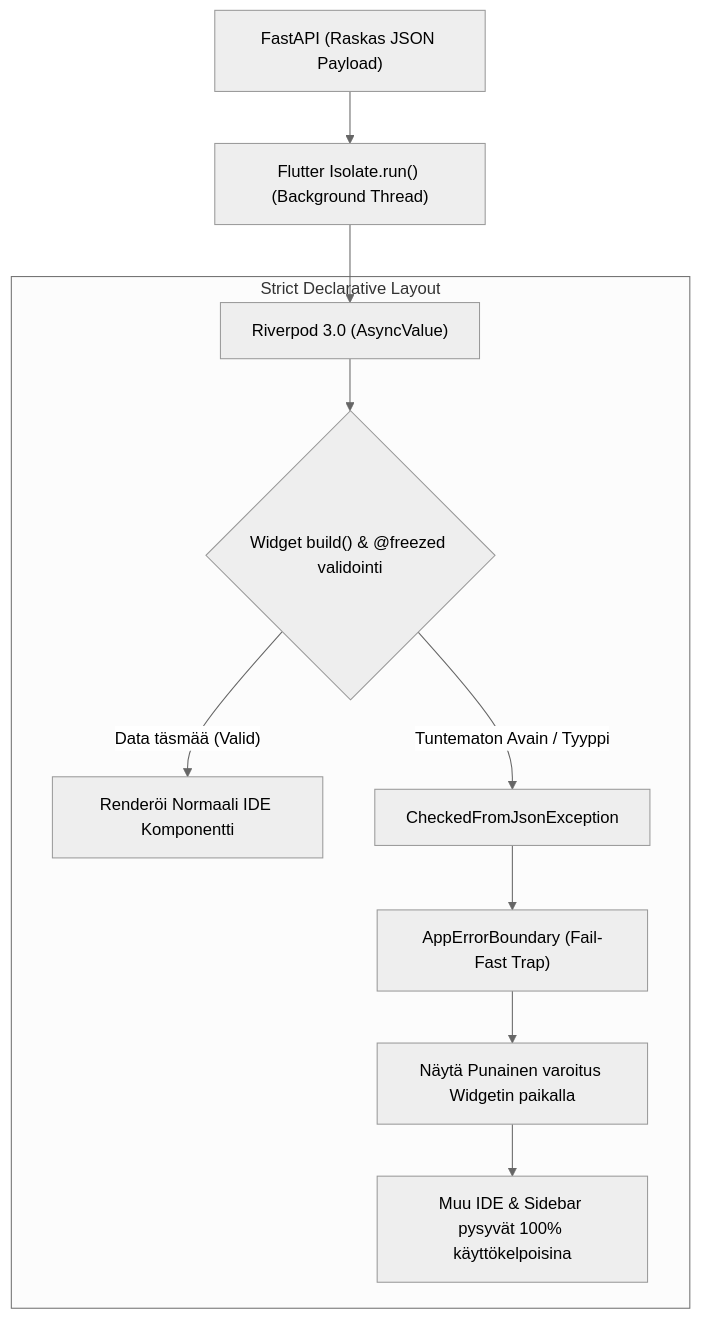
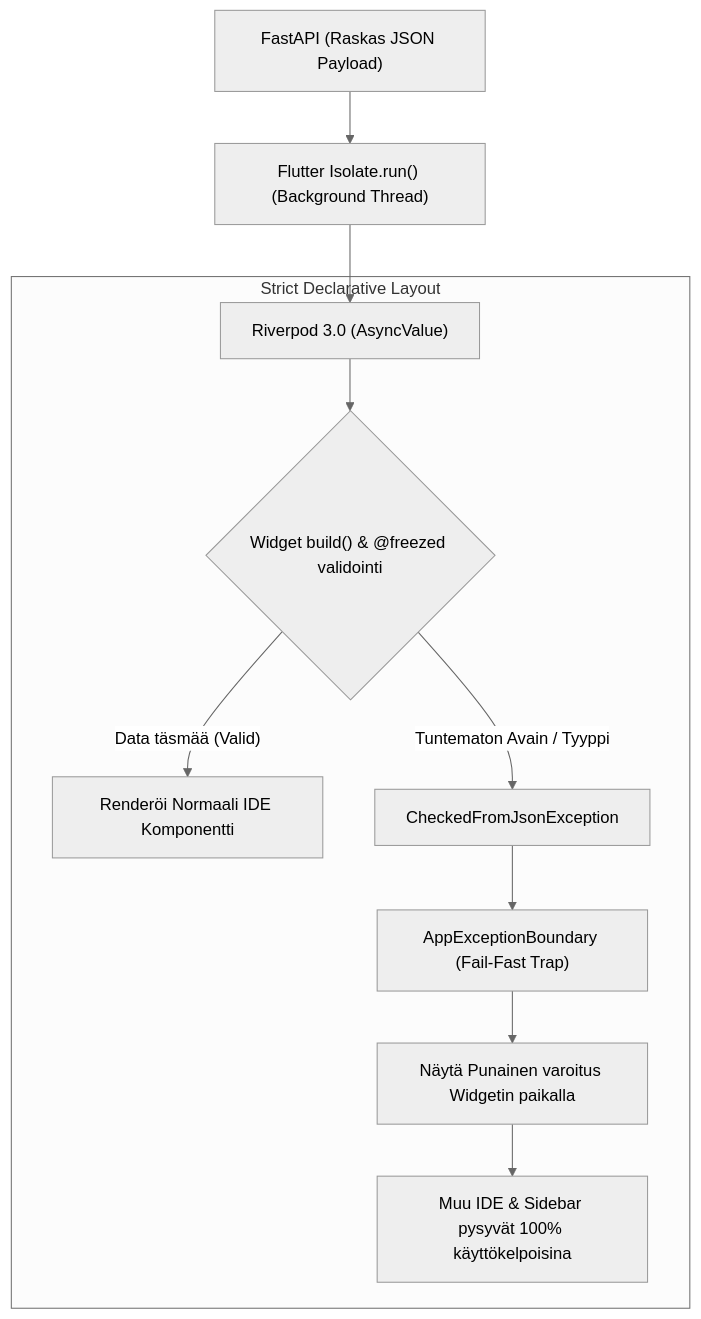
The diagram in docs/architecture/06_desktop_first_flutter_client.md (launis/quorum), drawn with Mermaid (neutral theme) before and after one commit. The commit also changed other lines of this file and 10 other files, not shown here.

Commit message:
docs: initialize architectural documentation suite and agent directory reference for project structure and standards.

````diff
--- a/docs/architecture/06_desktop_first_flutter_client.md
+++ b/docs/architecture/06_desktop_first_flutter_client.md
@@ -32,17 +40,17 @@
 ```mermaid
 flowchart TD
     API["FastAPI (Raskas JSON Payload)"] --> Isolate["Flutter Isolate.run() (Background Thread)"]
     Isolate --> Riverpod["Riverpod 3.0 (AsyncValue)"]
     
     subgraph UI_Architecture [Strict Declarative Layout]
         Riverpod --> UI_Build{"Widget build() & @freezed validointi"}
         
         UI_Build -- "Data täsmää (Valid)" --> Render["Renderöi Normaali IDE Komponentti"]
         
         UI_Build -- "Tuntematon Avain / Tyyppi" --> Exception["CheckedFromJsonException"]
-        Exception --> ErrorBoundary["AppErrorBoundary (Fail-Fast Trap)"]
+        Exception --> ErrorBoundary["AppExceptionBoundary (Fail-Fast Trap)"]
         
         ErrorBoundary --> RedBox["Näytä Punainen varoitus Widgetin paikalla"]
         RedBox --> IsolateUI["Muu IDE & Sidebar pysyvät 100% käyttökelpoisina"]
     end
 ```
````
